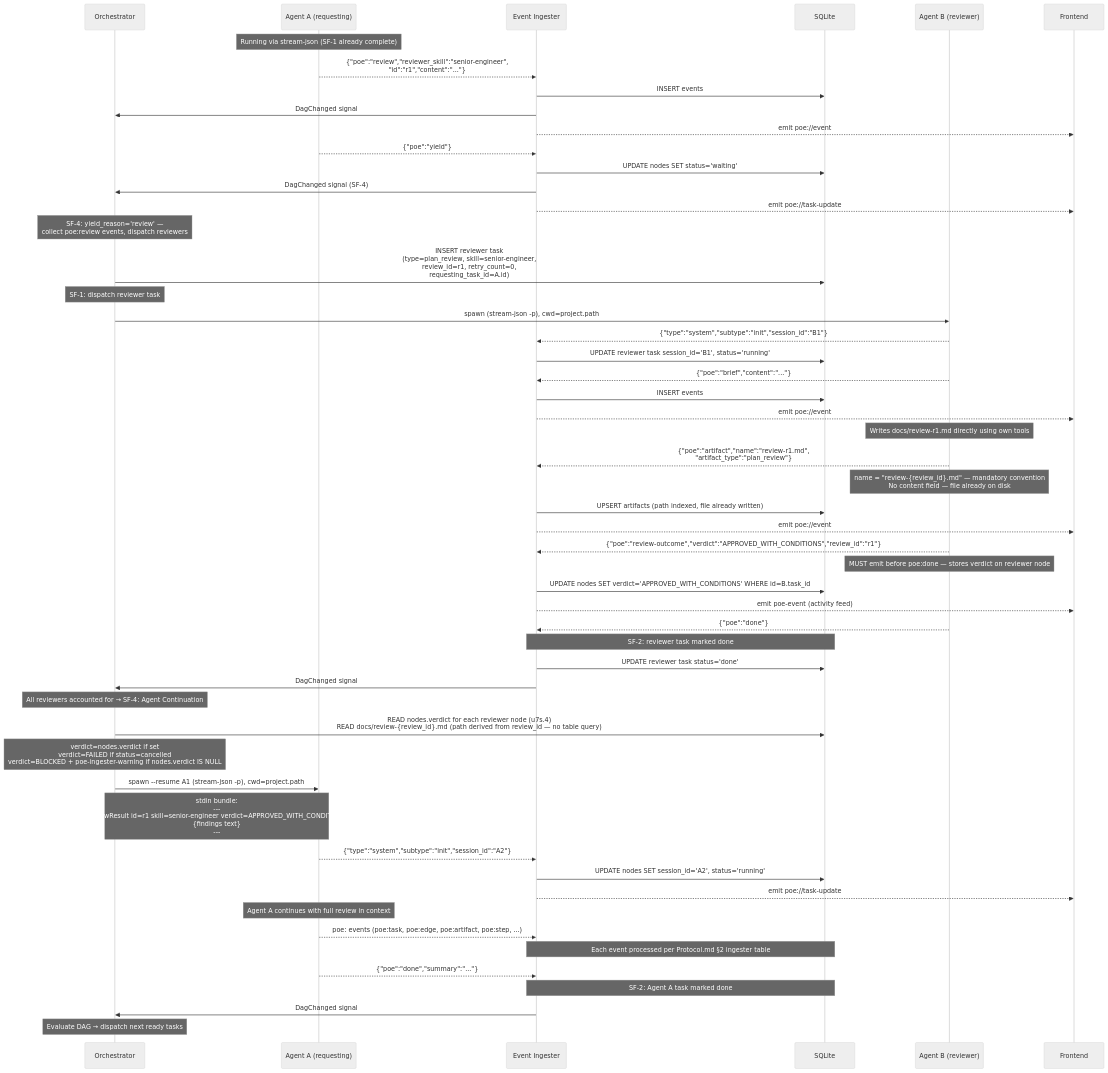
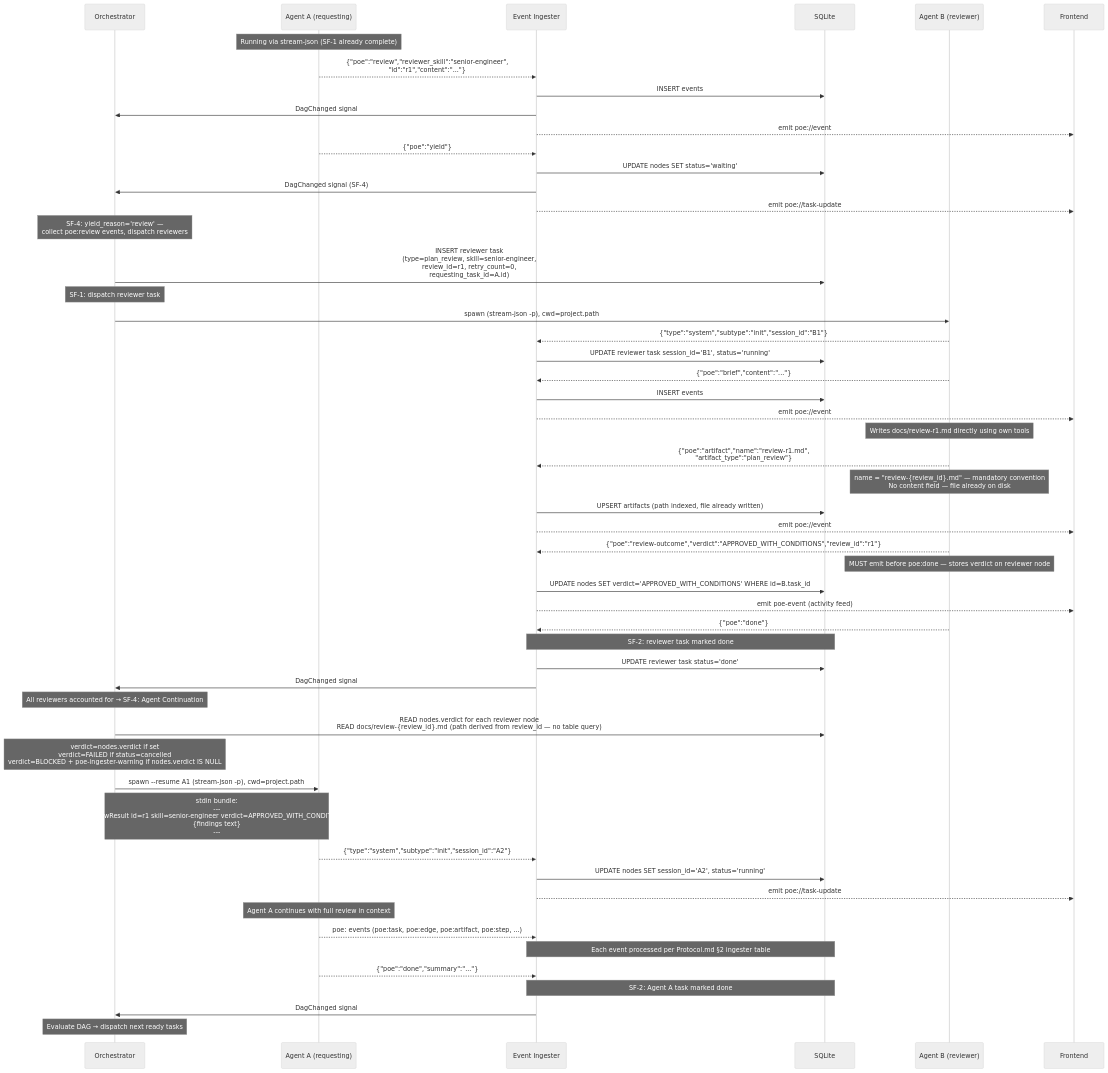
One commit to grant-traynor/bp6 changed the first of 10 diagrams in doc-POE/Flows.md. Above: the diagram before and after it, drawn with Mermaid (neutral theme). The commit also changed other lines of this file and 1 other file, not shown here.

First line of the commit message:
fix(docs): Queue Advisor architecture, dag.db filename, nodes.status complete (bp6-0xu.8,11,12)

````diff
--- a/doc-POE/Flows.md
+++ b/doc-POE/Flows.md
@@ -311,72 +311,72 @@
 ```mermaid
 sequenceDiagram
     participant Orch as Orchestrator
     participant A as Agent A (requesting)
     participant Ing as Event Ingester
     participant DB as SQLite
     participant B as Agent B (reviewer)
     participant FE as Frontend
 
     Note over A: Running via stream-json (SF-1 already complete)
 
     A-->>Ing: {"poe":"review","reviewer_skill":"senior-engineer",<br/>"id":"r1","content":"..."}
     Ing->>DB: INSERT events
     Ing->>Orch: DagChanged signal
     Ing-->>FE: emit poe://event
 
     A-->>Ing: {"poe":"yield"}
     Ing->>DB: UPDATE nodes SET status='waiting'
     Ing->>Orch: DagChanged signal (SF-4)
     Ing-->>FE: emit poe://task-update
 
     Note over Orch: SF-4: yield_reason='review' —<br/>collect poe:review events, dispatch reviewers
 
     Orch->>DB: INSERT reviewer task<br/>(type=plan_review, skill=senior-engineer,<br/>review_id=r1, retry_count=0,<br/>requesting_task_id=A.id)
     Note over Orch: SF-1: dispatch reviewer task
 
     Orch->>B: spawn (stream-json -p), cwd=project.path
     B-->>Ing: {"type":"system","subtype":"init","session_id":"B1"}
     Ing->>DB: UPDATE reviewer task session_id='B1', status='running'
 
     B-->>Ing: {"poe":"brief","content":"..."}
     Ing->>DB: INSERT events
     Ing-->>FE: emit poe://event
 
     Note over B: Writes docs/review-r1.md directly using own tools
     B-->>Ing: {"poe":"artifact","name":"review-r1.md",<br/>"artifact_type":"plan_review"}
     Note over B: name = "review-{review_id}.md" — mandatory convention<br/>No content field — file already on disk
     Ing->>DB: UPSERT artifacts (path indexed, file already written)
     Ing-->>FE: emit poe://event
 
     B-->>Ing: {"poe":"review-outcome","verdict":"APPROVED_WITH_CONDITIONS","review_id":"r1"}
     Note over B: MUST emit before poe:done — stores verdict on reviewer node
     Ing->>DB: UPDATE nodes SET verdict='APPROVED_WITH_CONDITIONS' WHERE id=B.task_id
     Ing-->>FE: emit poe-event (activity feed)
 
     B-->>Ing: {"poe":"done"}
     Note over Ing,DB: SF-2: reviewer task marked done
 
     Ing->>DB: UPDATE reviewer task status='done'
     Ing->>Orch: DagChanged signal
 
     Note over Orch: All reviewers accounted for → SF-4: Agent Continuation
 
-    Orch->>DB: READ nodes.verdict for each reviewer node (u7s.4)<br/>READ docs/review-{review_id}.md (path derived from review_id — no table query)
+    Orch->>DB: READ nodes.verdict for each reviewer node<br/>READ docs/review-{review_id}.md (path derived from review_id — no table query)
     Note over Orch: verdict=nodes.verdict if set<br/>verdict=FAILED if status=cancelled<br/>verdict=BLOCKED + poe-ingester-warning if nodes.verdict IS NULL
     Orch->>A: spawn --resume A1 (stream-json -p), cwd=project.path
     Note over Orch,A: stdin bundle:<br/>---<br/>ReviewResult id=r1 skill=senior-engineer verdict=APPROVED_WITH_CONDITIONS<br/>{findings text}<br/>---
 
     A-->>Ing: {"type":"system","subtype":"init","session_id":"A2"}
     Ing->>DB: UPDATE nodes SET session_id='A2', status='running'
     Ing-->>FE: emit poe://task-update
 
     Note over A: Agent A continues with full review in context
 
     A-->>Ing: poe: events (poe:task, poe:edge, poe:artifact, poe:step, ...)
     Note over Ing,DB: Each event processed per Protocol.md §2 ingester table
 
     A-->>Ing: {"poe":"done","summary":"..."}
     Note over Ing,DB: SF-2: Agent A task marked done
     Ing->>Orch: DagChanged signal
     Note over Orch: Evaluate DAG → dispatch next ready tasks
 ```
````
